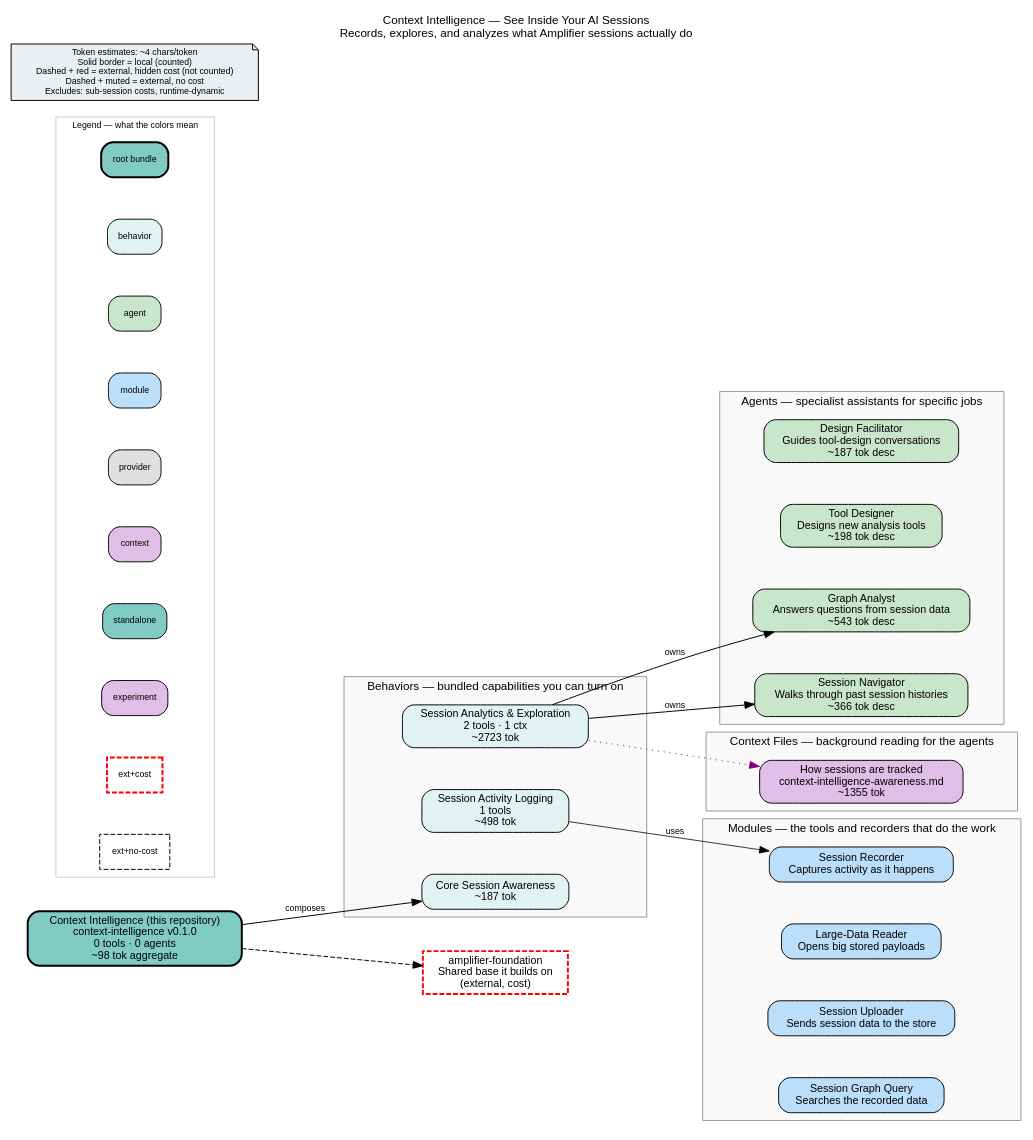
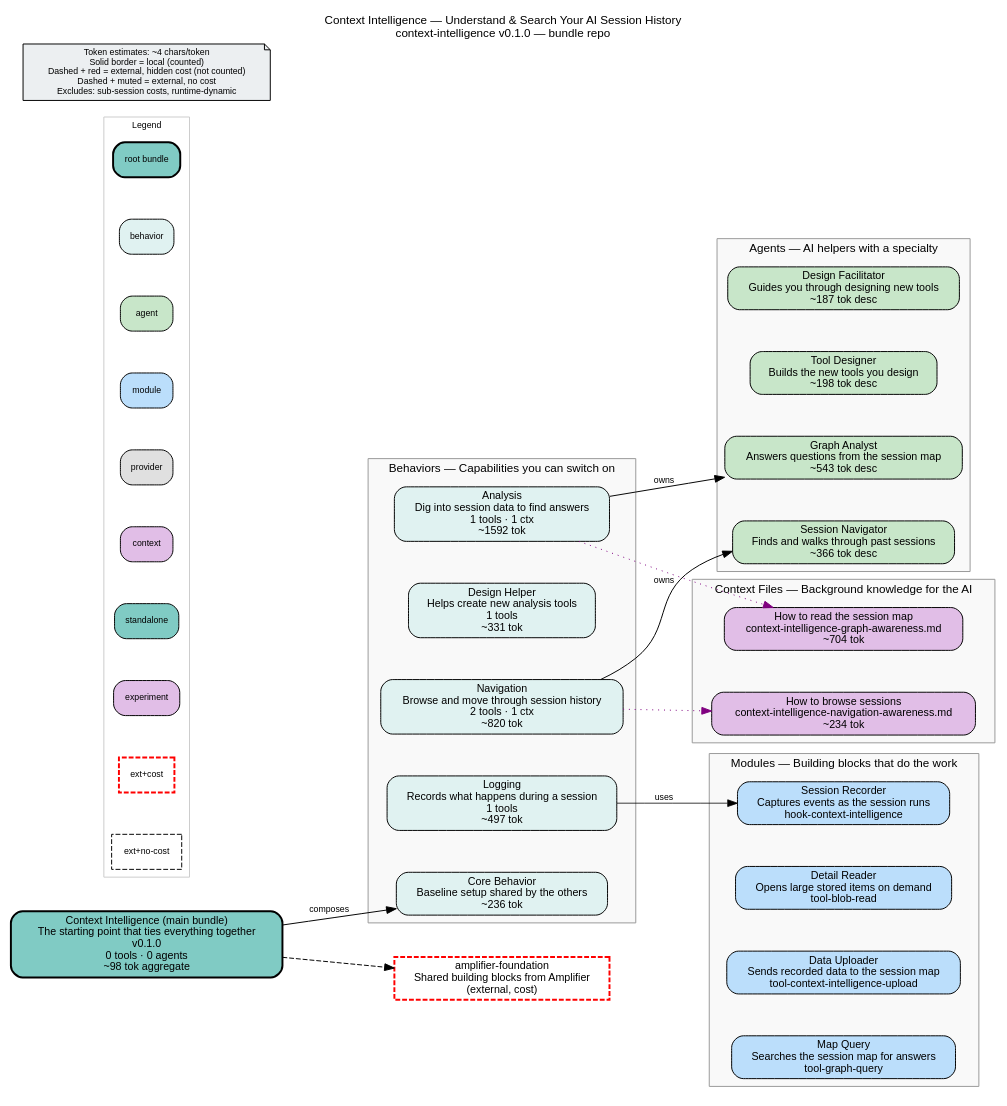
Before and after one commit to microsoft/amplifier-bundle-context-intelligence: the diagram in bundle.dot, drawn with Graphviz. The commit also changed 9 other files, not shown here.

First line of the commit message:
refactor(behaviors): remove deprecated context-intelligence-analytics alias

```diff
--- a/bundle.dot
+++ b/bundle.dot
@@ -1,94 +1,99 @@
-// Context Intelligence — a bundle that records and analyzes what happens inside
-// Amplifier AI sessions, so people can see which tools ran, how agents were used,
-// and what each step cost. Provides graph queries, session navigation, and analytics.
+// context-intelligence: a toolkit that records what happens inside your AI sessions
+// (every tool call, agent hand-off, and step) into a searchable map, so you can
+// later ask "what happened and why?" and trace the story back through the history.
+
 digraph context_intelligence {
     rankdir=LR
     fontname="Helvetica"
     fontsize=12
-    label="Context Intelligence — See Inside Your AI Sessions\nRecords, explores, and analyzes what Amplifier sessions actually do"
+    label="Context Intelligence — Understand & Search Your AI Session History\ncontext-intelligence v0.1.0 — bundle repo"
     labelloc=t
     labeljust=c
     nodesep=0.6
     ranksep=0.7
     bgcolor="white"
-    source_hash="fbf7b96d634315e64a60f47d45ae240a00240cb8ba4c2e3f26aa5128be1cd551"
+    source_hash="3690b90101290112a256a5946f281f5a43ffdce50b3129757aa75969e5a8e095"
 
     node [fontname="Helvetica", fontsize=11, style="filled,rounded"]
     edge [fontname="Helvetica", fontsize=9]
 
-    root_context_intelligence [label="Context Intelligence (this repository)\ncontext-intelligence v0.1.0\n0 tools · 0 agents\n~98 tok aggregate", shape=box, fillcolor="#80cbc4", style="filled,rounded,bold", penwidth=2]
+    root_context_intelligence [label="Context Intelligence (main bundle)\nThe starting point that ties everything together\nv0.1.0\n0 tools · 0 agents\n~98 tok aggregate", shape=box, fillcolor="#80cbc4", style="filled,rounded,bold", penwidth=2]
 
     subgraph cluster_behaviors {
-        label="Behaviors — bundled capabilities you can turn on"
+        label="Behaviors — Capabilities you can switch on"
         style="filled"
         fillcolor="#f9f9f9"
         color="#999999"
 
-        beh_context_intelligence_analytics_behavior [label="Session Analytics & Exploration\n2 tools · 1 ctx\n~2723 tok", shape=box, fillcolor="#e0f2f1", style="filled,rounded"]
-        beh_context_intelligence_logging_behavior [label="Session Activity Logging\n1 tools\n~498 tok", shape=box, fillcolor="#e0f2f1", style="filled,rounded"]
-        beh_context_intelligence_behavior [label="Core Session Awareness\n~187 tok", shape=box, fillcolor="#e0f2f1", style="filled,rounded"]
+        beh_context_intelligence_analysis_behavior [label="Analysis\nDig into session data to find answers\n1 tools · 1 ctx\n~1592 tok", shape=box, fillcolor="#e0f2f1", style="filled,rounded"]
+        beh_context_intelligence_design_behavior [label="Design Helper\nHelps create new analysis tools\n1 tools\n~331 tok", shape=box, fillcolor="#e0f2f1", style="filled,rounded"]
+        beh_context_intelligence_logging_behavior [label="Logging\nRecords what happens during a session\n1 tools\n~497 tok", shape=box, fillcolor="#e0f2f1", style="filled,rounded"]
+        beh_context_intelligence_navigation_behavior [label="Navigation\nBrowse and move through session history\n2 tools · 1 ctx\n~820 tok", shape=box, fillcolor="#e0f2f1", style="filled,rounded"]
+        beh_context_intelligence_behavior [label="Core Behavior\nBaseline setup shared by the others\n~236 tok", shape=box, fillcolor="#e0f2f1", style="filled,rounded"]
     }
 
     subgraph cluster_agents {
-        label="Agents — specialist assistants for specific jobs"
+        label="Agents — AI helpers with a specialty"
         style="filled"
         fillcolor="#f9f9f9"
         color="#999999"
 
-        agt_context_intelligence_design_facilitator [label="Design Facilitator\nGuides tool-design conversations\n~187 tok desc", shape=box, fillcolor="#c8e6c9", style="filled,rounded"]
-        agt_context_intelligence_tool_designer [label="Tool Designer\nDesigns new analysis tools\n~198 tok desc", shape=box, fillcolor="#c8e6c9", style="filled,rounded"]
-        agt_graph_analyst [label="Graph Analyst\nAnswers questions from session data\n~543 tok desc", shape=box, fillcolor="#c8e6c9", style="filled,rounded"]
-        agt_session_navigator [label="Session Navigator\nWalks through past session histories\n~366 tok desc", shape=box, fillcolor="#c8e6c9", style="filled,rounded"]
+        agt_context_intelligence_design_facilitator [label="Design Facilitator\nGuides you through designing new tools\n~187 tok desc", shape=box, fillcolor="#c8e6c9", style="filled,rounded"]
+        agt_context_intelligence_tool_designer [label="Tool Designer\nBuilds the new tools you design\n~198 tok desc", shape=box, fillcolor="#c8e6c9", style="filled,rounded"]
+        agt_graph_analyst [label="Graph Analyst\nAnswers questions from the session map\n~543 tok desc", shape=box, fillcolor="#c8e6c9", style="filled,rounded"]
+        agt_session_navigator [label="Session Navigator\nFinds and walks through past sessions\n~366 tok desc", shape=box, fillcolor="#c8e6c9", style="filled,rounded"]
     }
 
     subgraph cluster_modules {
-        label="Modules — the tools and recorders that do the work"
+        label="Modules — Building blocks that do the work"
         style="filled"
         fillcolor="#f9f9f9"
         color="#999999"
 
-        mod_hook_context_intelligence [label="Session Recorder\nCaptures activity as it happens", shape=box, fillcolor="#bbdefb", style="filled,rounded"]
-        mod_tool_blob_read [label="Large-Data Reader\nOpens big stored payloads", shape=box, fillcolor="#bbdefb", style="filled,rounded"]
-        mod_tool_context_intelligence_upload [label="Session Uploader\nSends session data to the store", shape=box, fillcolor="#bbdefb", style="filled,rounded"]
-        mod_tool_graph_query [label="Session Graph Query\nSearches the recorded data", shape=box, fillcolor="#bbdefb", style="filled,rounded"]
+        mod_hook_context_intelligence [label="Session Recorder\nCaptures events as the session runs\nhook-context-intelligence", shape=box, fillcolor="#bbdefb", style="filled,rounded"]
+        mod_tool_blob_read [label="Detail Reader\nOpens large stored items on demand\ntool-blob-read", shape=box, fillcolor="#bbdefb", style="filled,rounded"]
+        mod_tool_context_intelligence_upload [label="Data Uploader\nSends recorded data to the session map\ntool-context-intelligence-upload", shape=box, fillcolor="#bbdefb", style="filled,rounded"]
+        mod_tool_graph_query [label="Map Query\nSearches the session map for answers\ntool-graph-query", shape=box, fillcolor="#bbdefb", style="filled,rounded"]
     }
 
     subgraph cluster_context {
-        label="Context Files — background reading for the agents"
+        label="Context Files — Background knowledge for the AI"
         style="filled"
         fillcolor="#f9f9f9"
         color="#999999"
 
-        ctx_context_intelligence_awareness_md [label="How sessions are tracked\ncontext-intelligence-awareness.md\n~1355 tok", shape=box, fillcolor="#e1bee7", style="filled,rounded"]
+        ctx_context_intelligence_graph_awareness_md [label="How to read the session map\ncontext-intelligence-graph-awareness.md\n~704 tok", shape=box, fillcolor="#e1bee7", style="filled,rounded"]
+        ctx_context_intelligence_navigation_awareness_md [label="How to browse sessions\ncontext-intelligence-navigation-awareness.md\n~234 tok", shape=box, fillcolor="#e1bee7", style="filled,rounded"]
     }
 
     subgraph cluster_legend {
-        label="Legend — what the colors mean"
+        label="Legend"
         style="filled"
         fillcolor="white"
         color="#cccccc"
         fontsize=9
 
         leg_root [label="root bundle", shape=box, fillcolor="#80cbc4", style="filled,rounded,bold", fontsize=9]
         leg_behavior [label="behavior", shape=box, fillcolor="#e0f2f1", style="filled,rounded", fontsize=9]
         leg_agent [label="agent", shape=box, fillcolor="#c8e6c9", style="filled,rounded", fontsize=9]
         leg_module [label="module", shape=box, fillcolor="#bbdefb", style="filled,rounded", fontsize=9]
         leg_provider [label="provider", shape=box, fillcolor="#e0e0e0", style="filled,rounded", fontsize=9]
         leg_context [label="context", shape=box, fillcolor="#e1bee7", style="filled,rounded", fontsize=9]
         leg_standalone [label="standalone", shape=box, fillcolor="#80cbc4", style="filled,rounded", fontsize=9]
         leg_experiment [label="experiment", shape=box, fillcolor="#e1bee7", style="filled,rounded", fontsize=9]
         leg_ext_cost [label="ext+cost", shape=box, fillcolor="#80cbc4", style="dashed", color="red", penwidth=2, fontsize=9]
         leg_ext_muted [label="ext+no-cost", shape=box, fillcolor="#f5f5f5", style="dashed", fontsize=9]
     }
 
     disclaimer [label="Token estimates: ~4 chars/token\nSolid border = local (counted)\nDashed + red = external, hidden cost (not counted)\nDashed + muted = external, no cost\nExcludes: sub-session costs, runtime-dynamic", shape=note, fillcolor="#eceff1", style="filled", fontsize=9]
 
-    ext_githttps___github_com_microsoft_amplifier_foundation_main [label="amplifier-foundation\nShared base it builds on\n(external, cost)", shape=box, fillcolor="#80cbc4", style="dashed", color="red", penwidth=2]
+    ext_githttps___github_com_microsoft_amplifier_foundation_main [label="amplifier-foundation\nShared building blocks from Amplifier\n(external, cost)", shape=box, fillcolor="#80cbc4", style="dashed", color="red", penwidth=2]
 
     root_context_intelligence -> ext_githttps___github_com_microsoft_amplifier_foundation_main [style=dashed]
     root_context_intelligence -> beh_context_intelligence_behavior [label="composes"]
-    beh_context_intelligence_analytics_behavior -> agt_graph_analyst [label="owns"]
-    beh_context_intelligence_analytics_behavior -> agt_session_navigator [label="owns"]
-    beh_context_intelligence_analytics_behavior -> ctx_context_intelligence_awareness_md [style=dotted, color=purple]
+    beh_context_intelligence_analysis_behavior -> agt_graph_analyst [label="owns"]
+    beh_context_intelligence_analysis_behavior -> ctx_context_intelligence_graph_awareness_md [style=dotted, color=purple]
     beh_context_intelligence_logging_behavior -> mod_hook_context_intelligence [label="uses", penwidth=0.8]
+    beh_context_intelligence_navigation_behavior -> agt_session_navigator [label="owns"]
+    beh_context_intelligence_navigation_behavior -> ctx_context_intelligence_navigation_awareness_md [style=dotted, color=purple]
 }
```
